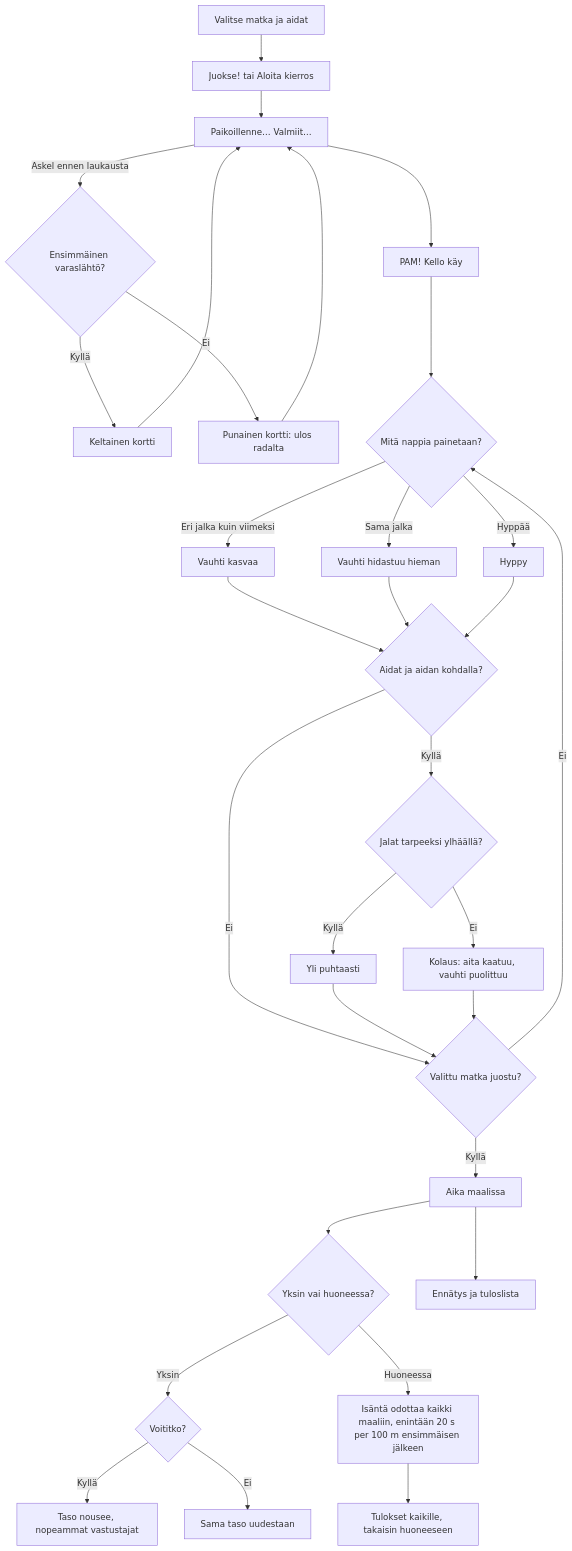
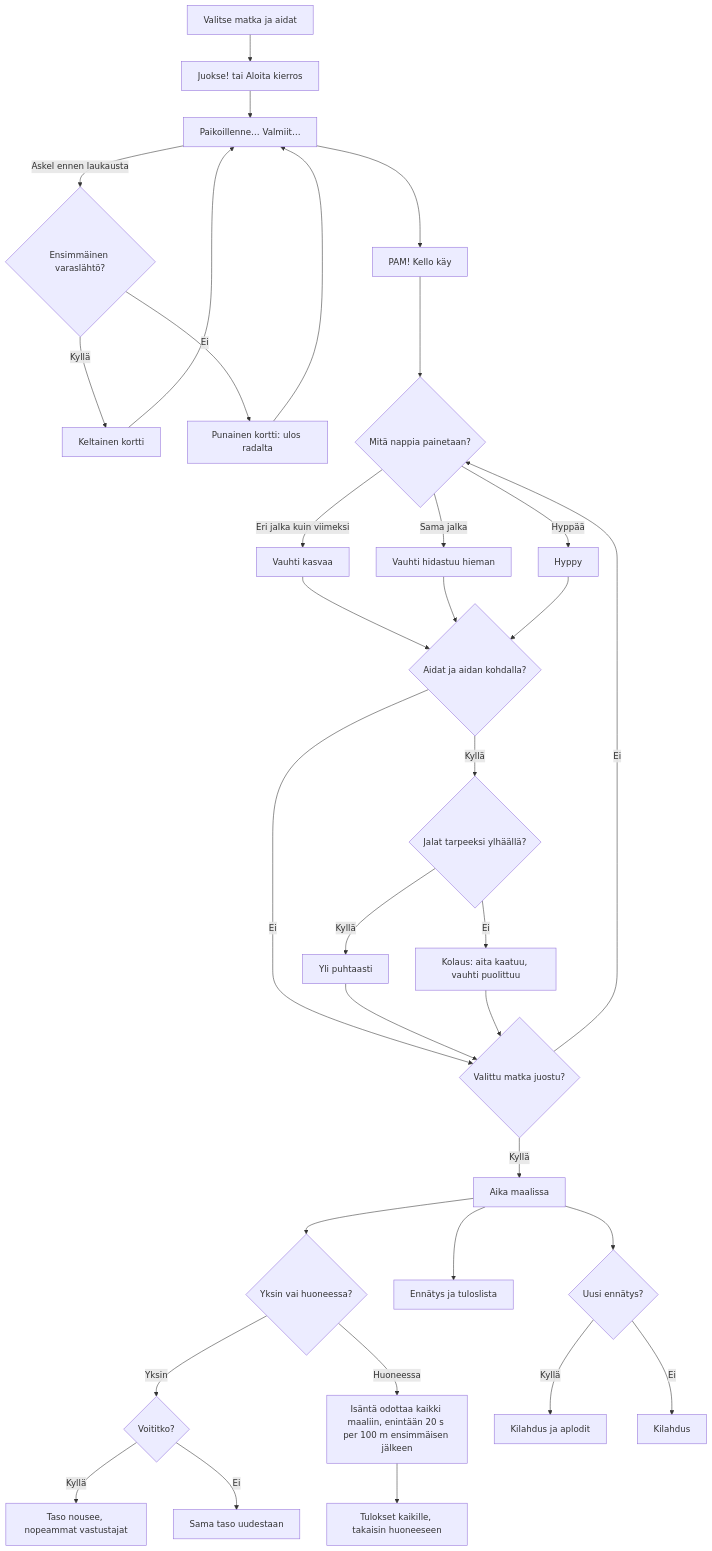
Before and after one commit to eerovil/ai-pelit: the diagram in docs/diagrams/aitajuoksu.md, drawn with Mermaid. The commit also changed other lines of this file and 3 other files, not shown here.

````diff
--- a/docs/diagrams/aitajuoksu.md
+++ b/docs/diagrams/aitajuoksu.md
@@ -15,39 +17,42 @@
 ```mermaid
 flowchart TD
   V[Valitse matka ja aidat] --> A[Juokse! tai Aloita kierros]
   A --> B[Paikoillenne… Valmiit…]
   B --> C[PAM! Kello käy]
   B -- Askel ennen laukausta --> FS{Ensimmäinen varaslähtö?}
   FS -- Kyllä --> YC[Keltainen kortti]
   FS -- Ei --> RC[Punainen kortti: ulos radalta]
   YC --> B
   RC --> B
   C --> D{Mitä nappia painetaan?}
   D -- Eri jalka kuin viimeksi --> E[Vauhti kasvaa]
   D -- Sama jalka --> F[Vauhti hidastuu hieman]
   D -- Hyppää --> G[Hyppy]
   E --> HA{Aidat ja aidan kohdalla?}
   F --> HA
   G --> HA
   HA -- Ei --> K{Valittu matka juostu?}
   HA -- Kyllä --> H{Jalat tarpeeksi ylhäällä?}
   H -- Kyllä --> I[Yli puhtaasti]
   H -- Ei --> J[Kolaus: aita kaatuu, vauhti puolittuu]
   I --> K
   J --> K
   K -- Ei --> D
   K -- Kyllä --> L[Aika maalissa]
   L --> M{Yksin vai huoneessa?}
   M -- Yksin --> N{Voititko?}
   N -- Kyllä --> O[Taso nousee, nopeammat vastustajat]
   N -- Ei --> P[Sama taso uudestaan]
   M -- Huoneessa --> Q[Isäntä odottaa kaikki maaliin, enintään 20 s per 100 m ensimmäisen jälkeen]
   Q --> R[Tulokset kaikille, takaisin huoneeseen]
   L --> S[Ennätys ja tuloslista]
+  L --> SO{Uusi ennätys?}
+  SO -- Kyllä --> AP[Kilahdus ja aplodit]
+  SO -- Ei --> KL[Kilahdus]
   class V,A,B,C,D blue
-  class HA,H,K,M,N,FS,YC amber
+  class HA,H,K,M,N,FS,YC,SO amber
   class E,F,G,I teal
   class Q,R violet
-  class L,O,S green
+  class L,O,S,AP,KL green
   class J,P,RC rose
 ```
````
